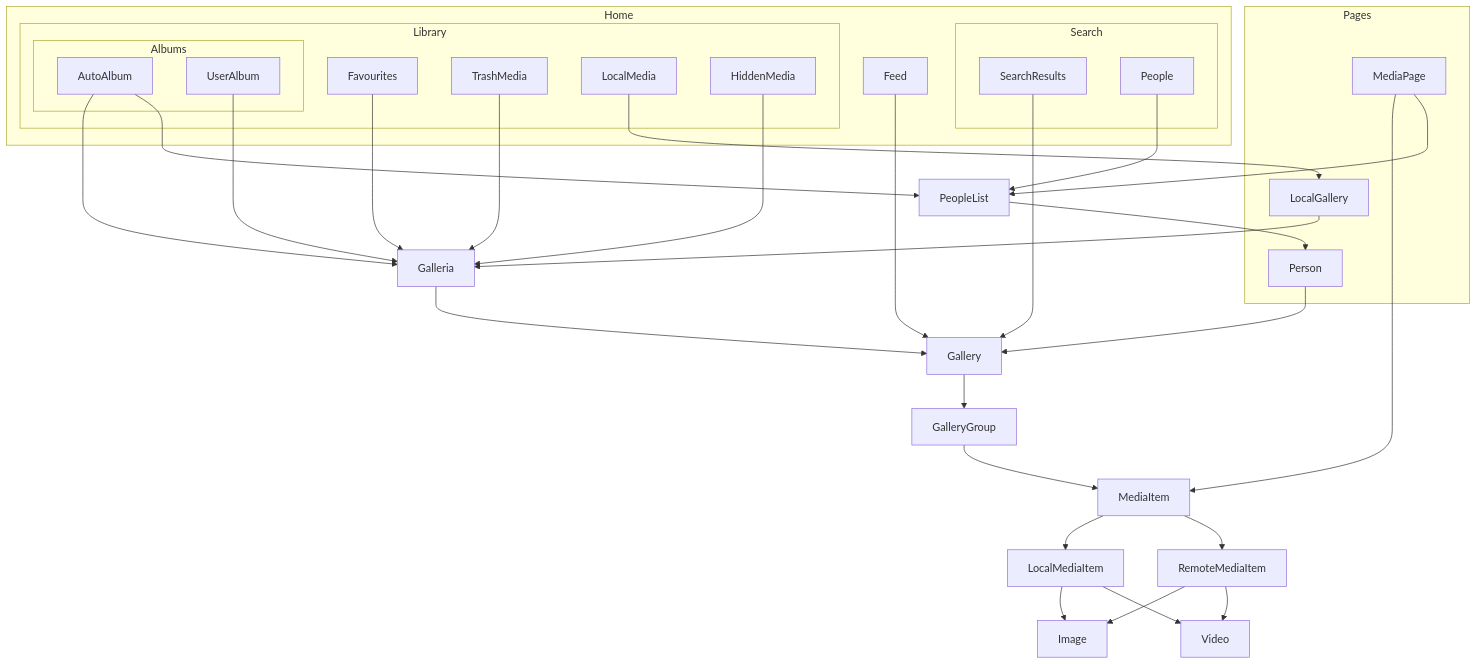
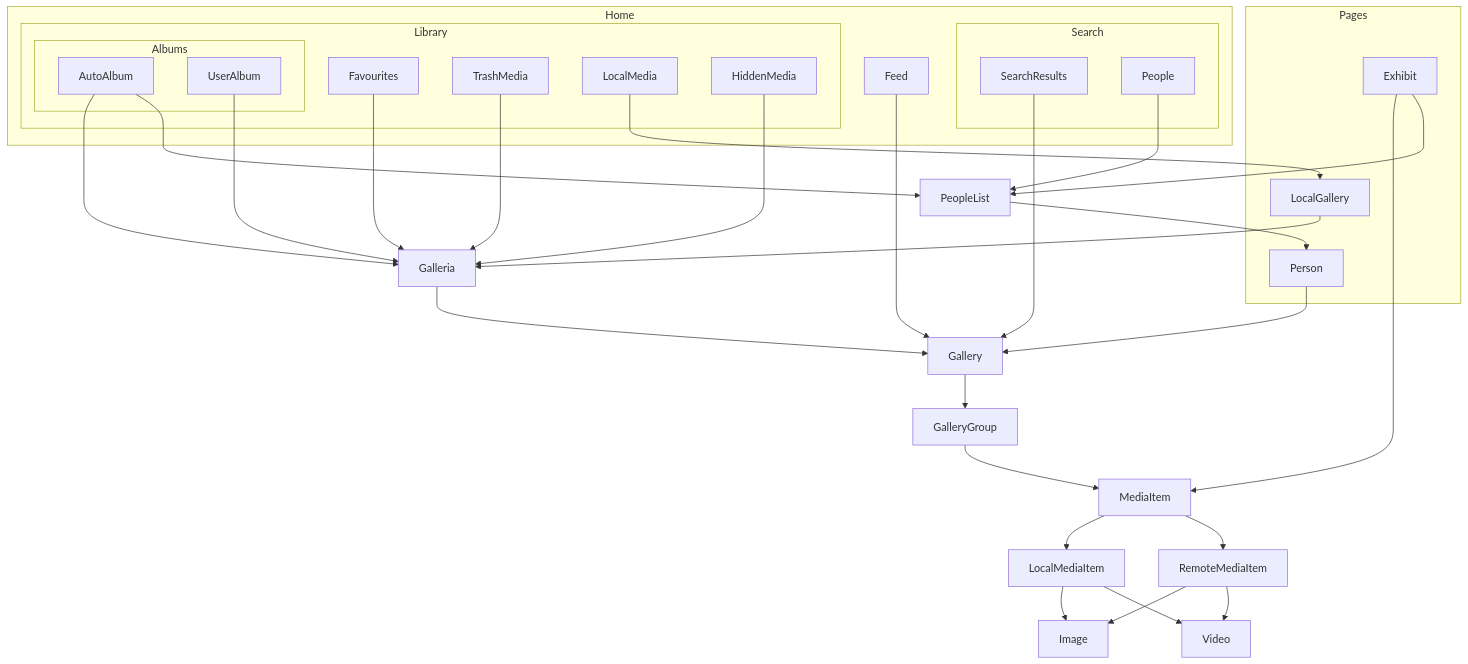
One commit to savvasdalkitsis/uhuruphotos-android changed the diagram in domain-model.md. Above: the diagram before and after it, drawn with Mermaid.

````diff
--- a/domain-model.md
+++ b/domain-model.md
@@ -5,58 +5,58 @@
 ```mermaid 
 graph TD;
 
     Galleria-->Gallery
     Gallery-->GalleryGroup
     GalleryGroup-->MediaItem
-    MediaPage-->MediaItem
+    Exhibit-->MediaItem
     MediaItem-->LocalMediaItem
     MediaItem-->RemoteMediaItem
     LocalMediaItem-->Image
     LocalMediaItem-->Video
     RemoteMediaItem-->Image
     RemoteMediaItem-->Video
     AutoAlbum-->Galleria
     UserAlbum-->Galleria
     Favourites-->Galleria
     TrashMedia-->Galleria
     LocalMedia-->LocalGallery
     LocalGallery-->Galleria
     HiddenMedia-->Galleria
     Person-->Gallery
     SearchResults-->Gallery
     Feed-->Gallery
     People-->PeopleList
     PeopleList-->Person
-    MediaPage-->PeopleList
+    Exhibit-->PeopleList
     AutoAlbum-->PeopleList
 
     subgraph Pages
         Person
         LocalGallery
-        MediaPage
+        Exhibit
     end
 
     subgraph Search
         SearchResults
         People
     end
 
     subgraph Albums
         AutoAlbum
         UserAlbum
     end
 
     subgraph Library
         TrashMedia
         HiddenMedia
         Albums
         Favourites
         LocalMedia
     end
 
     subgraph Home
         Feed
         Search
         Library
     end
 ```
````
